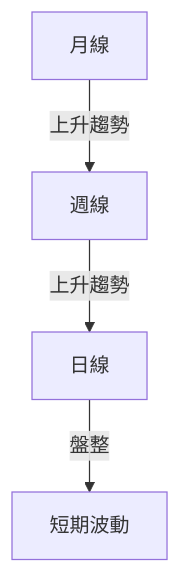
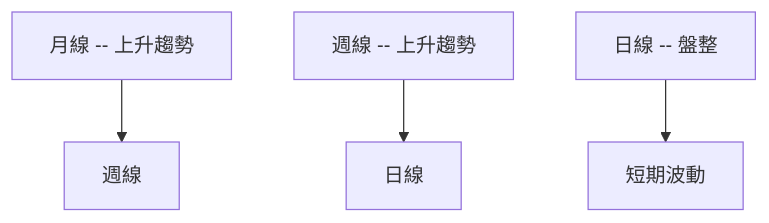
One commit to yennanliu/finance_data changed the second of 9 diagrams in ai_gen_report/stock/2330.tw/technical_analysis_2026-05-18_openai.md. Above: the diagram before and after it, drawn with Mermaid. The commit also changed other lines of this file and 2258 other files, not shown here.

First line of the commit message:
chore: backfill Mermaid syntax repair across existing reports

````diff
--- a/ai_gen_report/stock/2330.tw/technical_analysis_2026-05-18_openai.md
+++ b/ai_gen_report/stock/2330.tw/technical_analysis_2026-05-18_openai.md
@@ -104,6 +104,6 @@
 ```mermaid
 graph TD
-    月線 -- 上升趨勢 --> 週線
-    週線 -- 上升趨勢 --> 日線
-    日線 -- 盤整 --> 短期波動
+    nb1["月線 -- 上升趨勢"] --> 週線
+    nb2["週線 -- 上升趨勢"] --> 日線
+    nb3["日線 -- 盤整"] --> 短期波動
 ```
````
